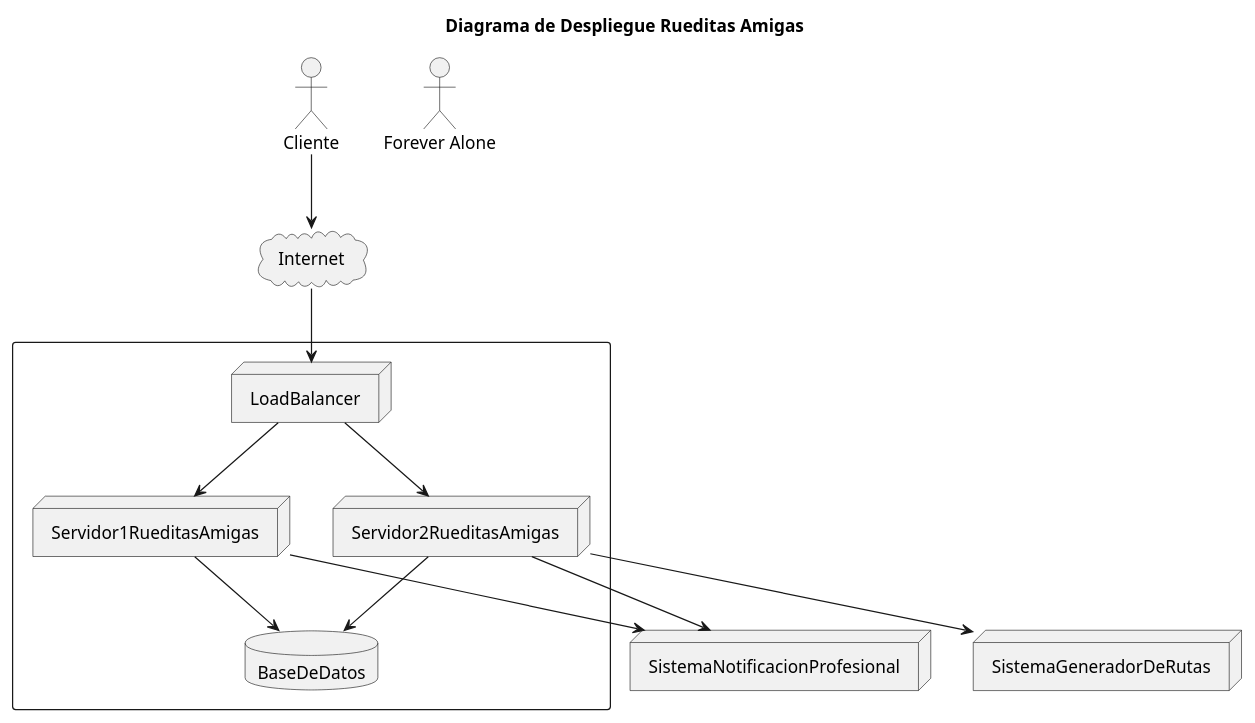
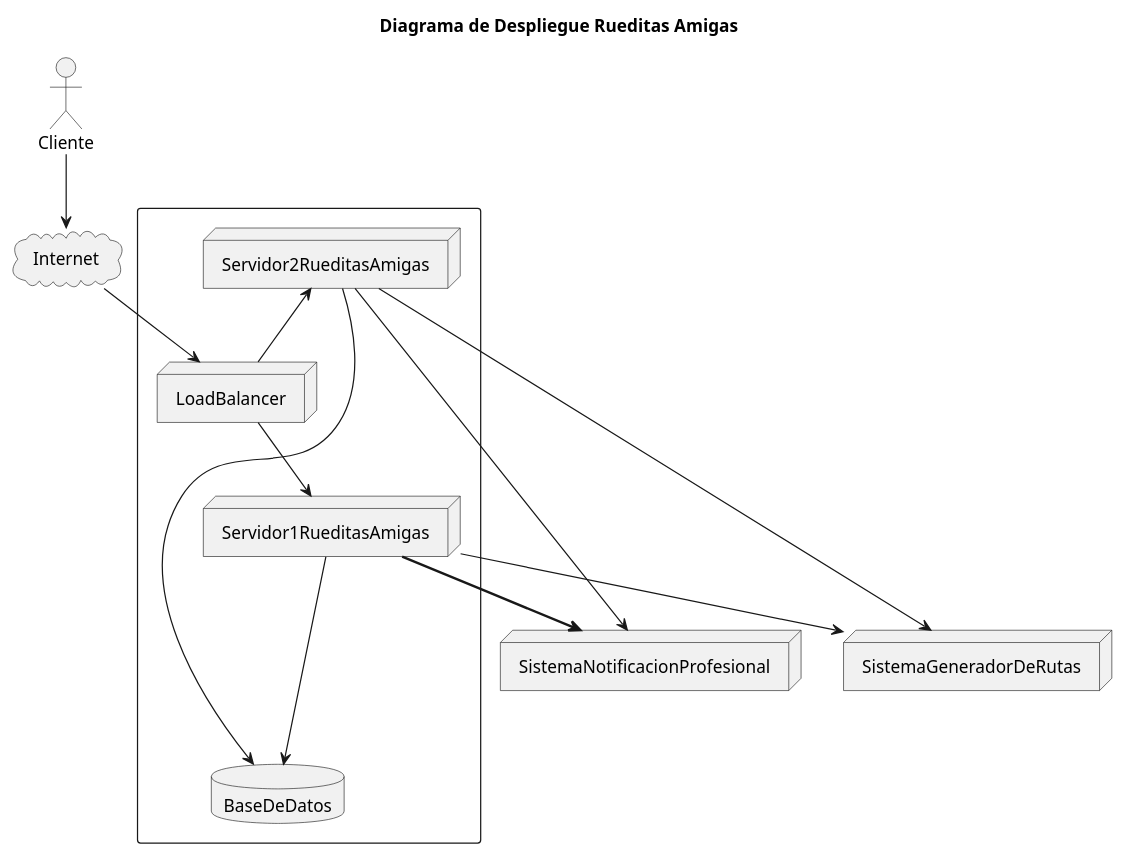
Before and after one commit to lrizzitano/RueditasAmigasDespliegue: the diagram in diagrams/DiagramaDeDespliegue.puml, drawn with PlantUML.

Commit message:
pruebo tipos de flechas

```diff
--- a/diagrams/DiagramaDeDespliegue.puml
+++ b/diagrams/DiagramaDeDespliegue.puml
@@ -1,31 +1,31 @@
 @startuml
 'https://plantuml.com/deployment-diagram
 
 title Diagrama de Despliegue Rueditas Amigas
 
 node "SistemaGeneradorDeRutas"
 actor "Cliente"
-actor "Forever Alone"
 cloud "Internet"
 node "SistemaNotificacionProfesional"
 
 
 rectangle  {
 node "LoadBalancer"
 node "Servidor1RueditasAmigas"
 node "Servidor2RueditasAmigas"
 database "BaseDeDatos"
 }
 
-"LoadBalancer" --> "Servidor1RueditasAmigas"
-"LoadBalancer" --> "Servidor2RueditasAmigas"
-"Servidor1RueditasAmigas" --> "BaseDeDatos"
-"Servidor2RueditasAmigas" --> "BaseDeDatos"
-"Servidor1RueditasAmigas" --> "SistemaNotificacionProfesional"
+"LoadBalancer" -> "Servidor1RueditasAmigas"
+"Servidor2RueditasAmigas" <-- "LoadBalancer"
+"Servidor1RueditasAmigas" -r-> "BaseDeDatos"
+"Servidor2RueditasAmigas" -----> "BaseDeDatos"
+"Servidor1RueditasAmigas" -[bold]-> "SistemaNotificacionProfesional"
 "Servidor2RueditasAmigas" --> "SistemaNotificacionProfesional"
+"Servidor1RueditasAmigas" --> "SistemaGeneradorDeRutas"
 "Servidor2RueditasAmigas" --> "SistemaGeneradorDeRutas"
 "Cliente" --> "Internet"
 "Internet" --> "LoadBalancer"
 
 
 @enduml
```
